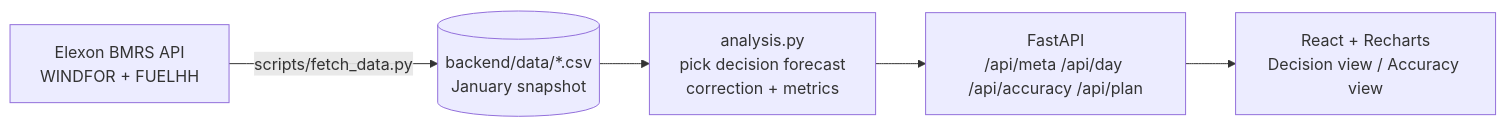
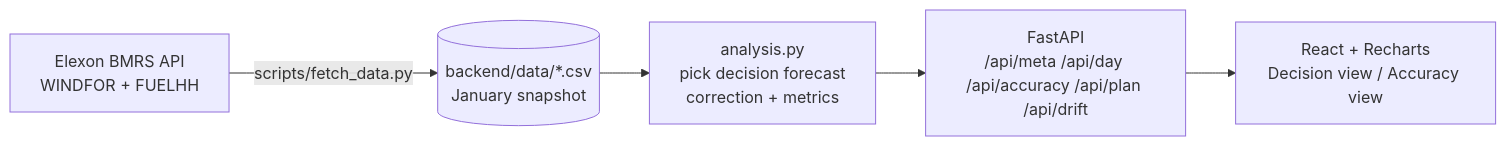
Before and after one commit to AdityaMedidala/drluam: the diagram in README.md, drawn with Mermaid. The commit also changed 6 other files, not shown here.

First line of the commit message:
feat: forecast drift for the selected delivery day

````diff
--- a/README.md
+++ b/README.md
@@ -32,7 +32,7 @@
 ```mermaid
 flowchart LR
   E[Elexon BMRS API<br/>WINDFOR + FUELHH] -->|scripts/fetch_data.py| D[(backend/data/*.csv<br/>January snapshot)]
   D --> A[analysis.py<br/>pick decision forecast<br/>correction + metrics]
-  A --> API[FastAPI<br/>/api/meta /api/day /api/accuracy /api/plan]
+  A --> API[FastAPI<br/>/api/meta /api/day /api/accuracy /api/plan /api/drift]
   API --> UI[React + Recharts<br/>Decision view / Accuracy view]
 ```
````
